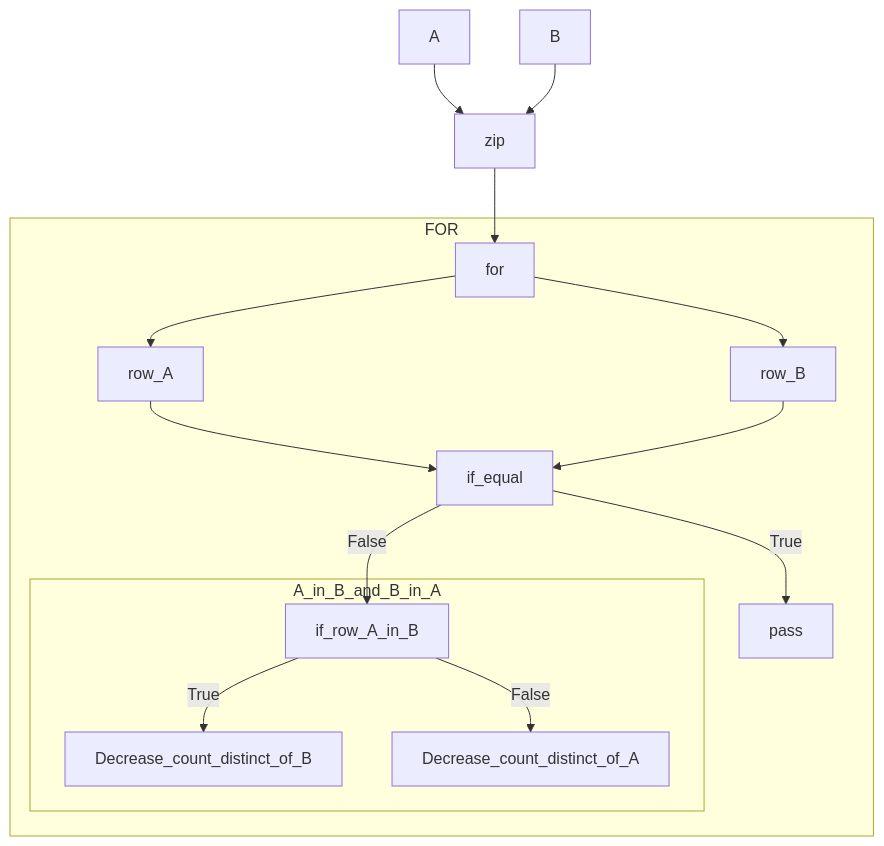
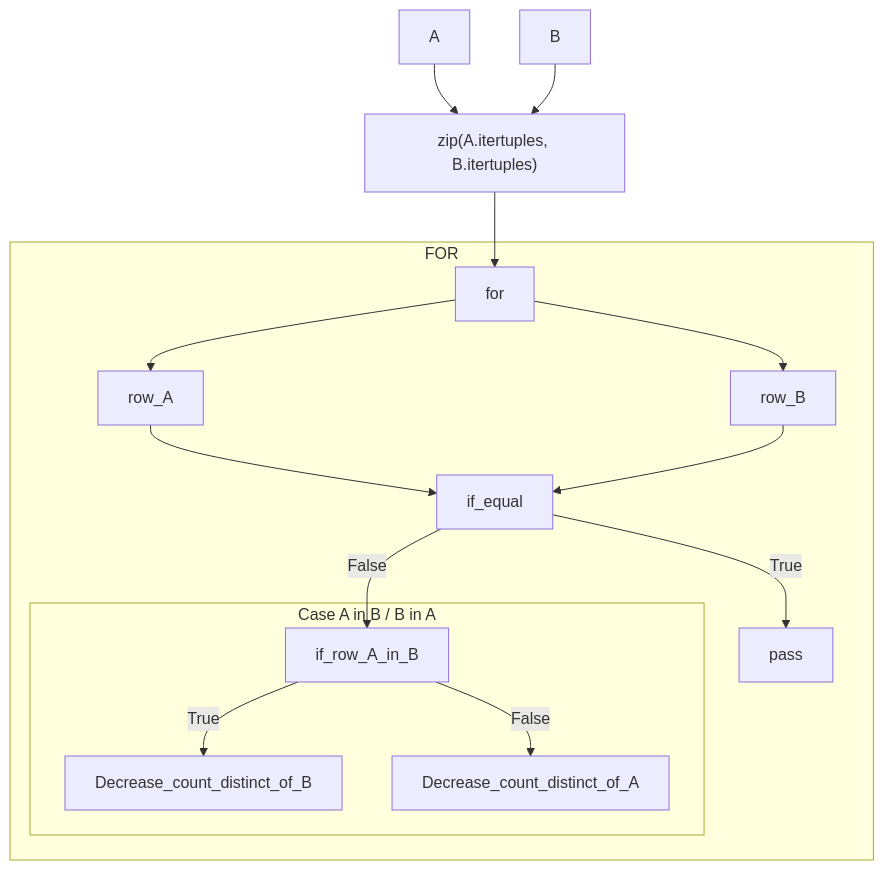
Before and after one commit to mmngreco/pandas-distinct-old: the first of 2 diagrams in README.md, drawn with Mermaid. The commit also changed other lines of this file and 2 other files, not shown here.

````diff
--- a/README.md
+++ b/README.md
@@ -87,23 +91,24 @@
 ```mermaid
 graph TD
 
 linkStyle default interpolate basis
-A --> zip
-B --> zip
-zip --> for
-subgraph FOR
-for --> row_A
-for --> row_B
-row_A --> if_equal
-row_B --> if_equal
-if_equal --> |True| pass
-if_equal --> |False| if_row_A_in_B
 
-subgraph A_in_B_and_B_in_A
-if_row_A_in_B -->|True| Decrease_count_distinct_of_B
-if_row_A_in_B -->|False| Decrease_count_distinct_of_A
-end
+    A --> zip["zip(A.itertuples, B.itertuples)"]
+    B --> zip
+    zip --> for
+    subgraph FOR
+    for --> row_A
+    for --> row_B
+    row_A --> if_equal
+    row_B --> if_equal
+    if_equal --> |True| pass
+    if_equal --> |False| if_row_A_in_B
+
+    subgraph "Case A in B / B in A"
+        if_row_A_in_B -->|True| Decrease_count_distinct_of_B
+        if_row_A_in_B -->|False| Decrease_count_distinct_of_A
+    end
 
 end
 
 ```
````
